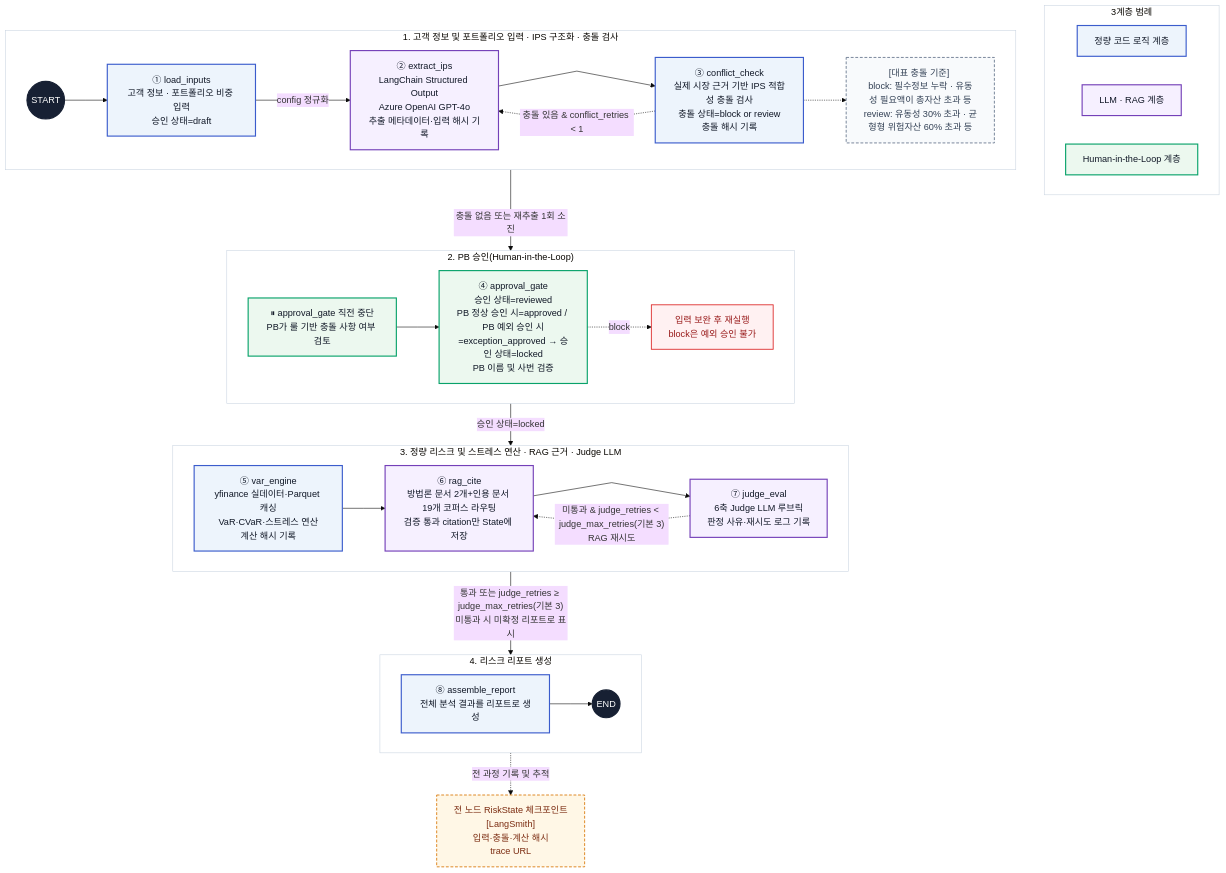
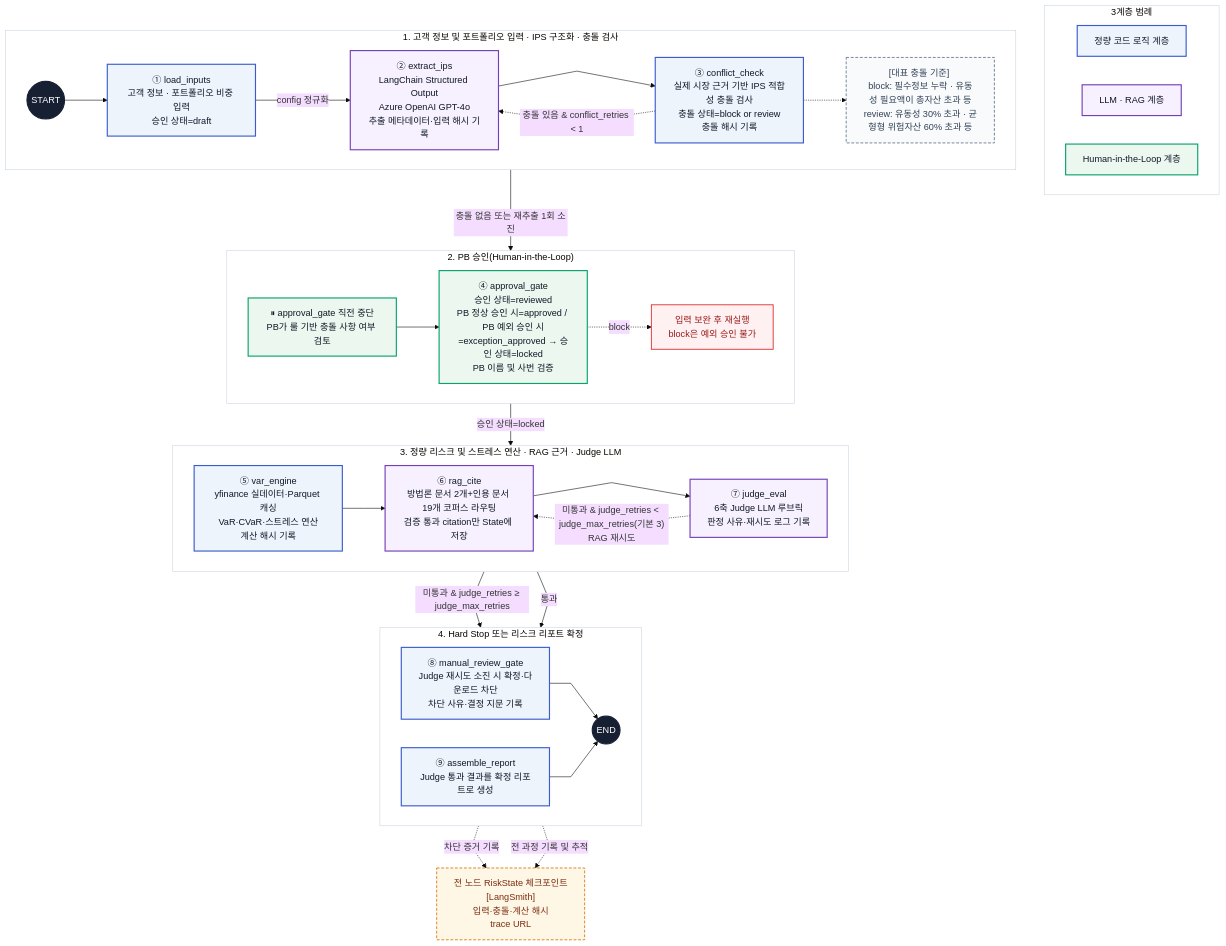
One commit to SamsungSecurities-YoungCreator-15th-4/S_Hub changed the diagram in README.md. Above: the diagram before and after it, drawn with Mermaid. The commit also changed other lines of this file and 16 other files, not shown here.

Commit message:
feat: Judge Hard Stop 및 정밀 인용 검증 추가

```diff
--- a/README.md
+++ b/README.md
@@ -50,20 +50,24 @@
         N7 -. "미통과 & judge_retries < judge_max_retries(기본 3)<br/>RAG 재시도" .-> N6
     end
 
-    subgraph STEP4["4. 리스크 리포트 생성"]
+    subgraph STEP4["4. Hard Stop 또는 리스크 리포트 확정"]
         direction LR
-        N8["⑧ assemble_report<br/>전체 분석 결과를 리포트로 생성"]
+        N8["⑧ manual_review_gate<br/>Judge 재시도 소진 시 확정·다운로드 차단<br/>차단 사유·결정 지문 기록"]
+        N9["⑨ assemble_report<br/>Judge 통과 결과를 확정 리포트로 생성"]
         END((END))
 
         N8 --> END
+        N9 --> END
     end
 
     N3 -->|"충돌 없음 또는 재추출 1회 소진"| PAUSE
     N4 -->|"승인 상태=locked"| N5
-    N7 -->|"통과 또는 judge_retries ≥ judge_max_retries(기본 3)<br/>미통과 시 미확정 리포트로 표시"| N8
+    N7 -->|"미통과 & judge_retries ≥ judge_max_retries"| N8
+    N7 -->|"통과"| N9
 
     AUDIT["전 노드 RiskState 체크포인트<br/>[LangSmith]<br/>입력·충돌·계산 해시<br/>trace URL"]
-    N8 -. "전 과정 기록 및 추적" .-> AUDIT
+    N8 -. "차단 증거 기록" .-> AUDIT
+    N9 -. "전 과정 기록 및 추적" .-> AUDIT
 
     classDef deterministic fill:#EDF4FC,stroke:#3B5CCC,color:#111827,stroke-width:2px;
     classDef llmNode fill:#F6F0FF,stroke:#7440B8,color:#111827,stroke-width:2px;
@@ -73,7 +77,7 @@
     classDef audit fill:#FFF7E6,stroke:#D97706,color:#7C2D12,stroke-width:1.5px,stroke-dasharray:5 3;
     classDef note fill:#F8FAFC,stroke:#64748B,color:#334155,stroke-width:1.5px,stroke-dasharray:5 3;
 
-    class KEY_DET,N1,N3,N5,N8 deterministic;
+    class KEY_DET,N1,N3,N5,N8,N9 deterministic;
     class KEY_LLM,N2,N6,N7 llmNode;
     class KEY_HITL,PAUSE,N4 hitlNode;
     class START,END terminal;
```
